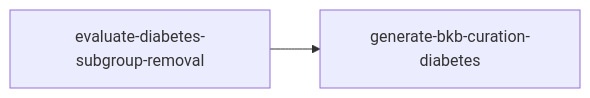
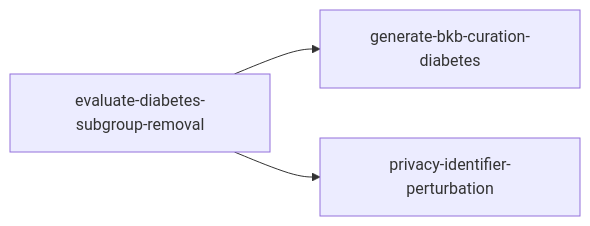
Before and after one commit to joe-dartmouth/synthetic: the diagram in tasks/experiments-index.md, drawn with Mermaid. The commit also changed other lines of this file and 2 other files, not shown here.

Commit message:
Add the identifier-perturbation privacy unit

````diff
--- a/tasks/experiments-index.md
+++ b/tasks/experiments-index.md
@@ -26,4 +32,5 @@
 ```mermaid
 flowchart LR
     diabetes_removal[evaluate-diabetes-subgroup-removal] --> bkb_curation_diabetes[generate-bkb-curation-diabetes]
+    diabetes_removal --> identifier_perturbation[privacy-identifier-perturbation]
 ```
````
